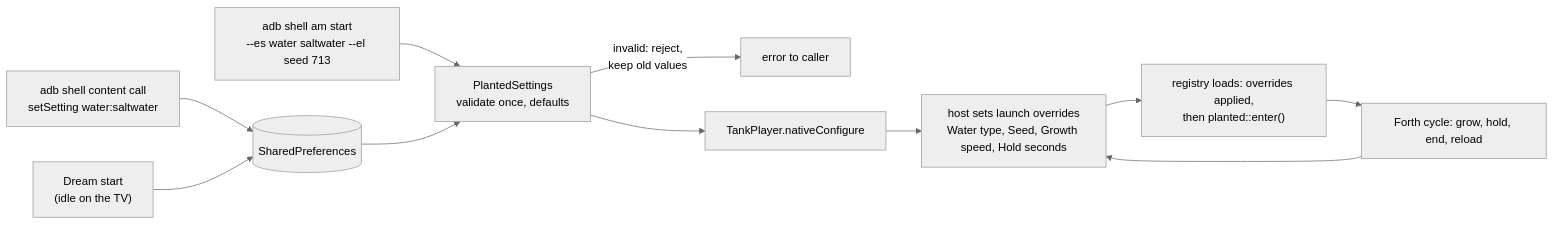
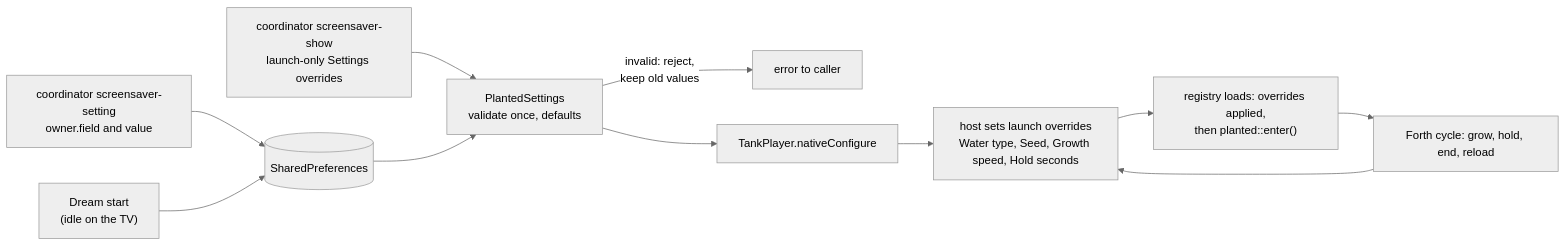
The third of 3 diagrams in docs/plans/2026-10-21-planted-tank-screensaver.md (wbniv/WorldFoundry), drawn with Mermaid (neutral theme) before and after one commit. The commit also changed other lines of this file and 24 other files, not shown here.

Commit message:
Use generic Settings catalogs for screensaver controls

````diff
--- a/docs/plans/2026-10-21-planted-tank-screensaver.md
+++ b/docs/plans/2026-10-21-planted-tank-screensaver.md
@@ -74,13 +74,13 @@
 ```mermaid
 flowchart LR
-    A["adb shell am start<br/>--es water saltwater --el seed 713"] --> V
-    B["adb shell content call<br/>setSetting water:saltwater"] --> P[("SharedPreferences")]
+    A["coordinator screensaver-show<br/>launch-only Settings overrides"] --> V
+    B["coordinator screensaver-setting<br/>owner.field and value"] --> P[("SharedPreferences")]
     P --> V
     D["Dream start<br/>(idle on the TV)"] --> P
     V["PlantedSettings<br/>validate once, defaults"] -->|"invalid: reject,<br/>keep old values"| X["error to caller"]
     V --> N["TankPlayer.nativeConfigure"]
     N --> S["host sets launch overrides<br/>Water type, Seed, Growth speed, Hold seconds"]
     S --> R["registry loads: overrides applied,<br/>then planted::enter()"]
     R --> C["Forth cycle: grow, hold, end, reload"]
     C --> S
 ```
````
